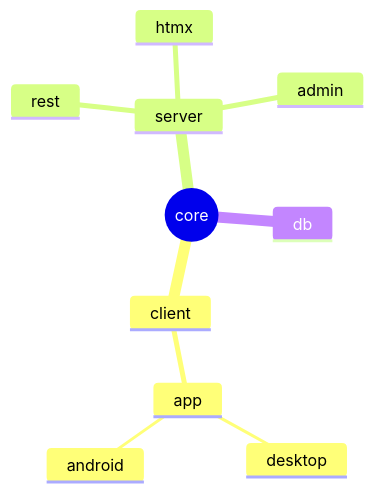
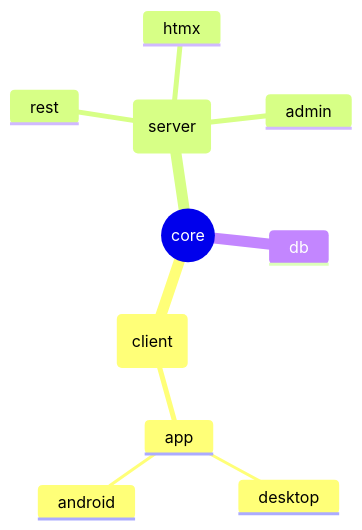
Before and after one commit to bjhham/ktor-chat: the diagram in README.md, drawn with Mermaid.

Commit message:
Node shapes

````diff
--- a/README.md
+++ b/README.md
@@ -27,13 +27,13 @@
 ```mermaid
 mindmap
   root((core))
-    client
+    id(client)
       app
         desktop
         android
-    server
+    id(server)
       rest
       htmx
       admin
     db
 ```
````
